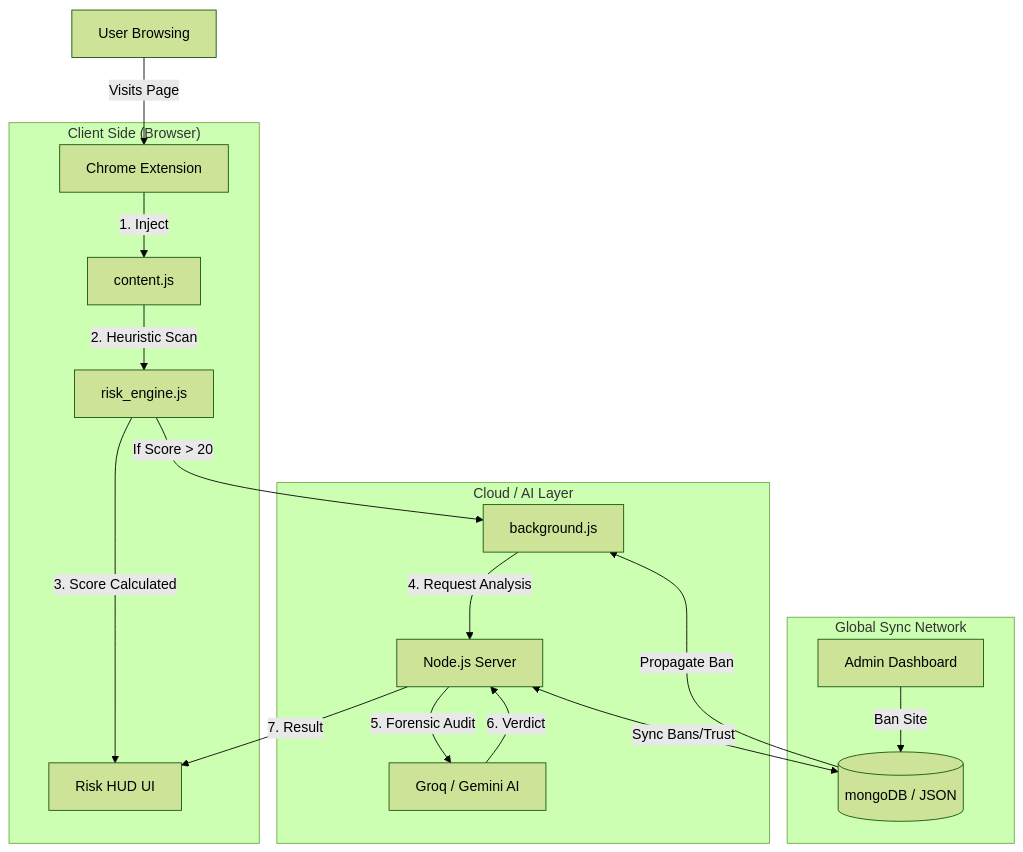
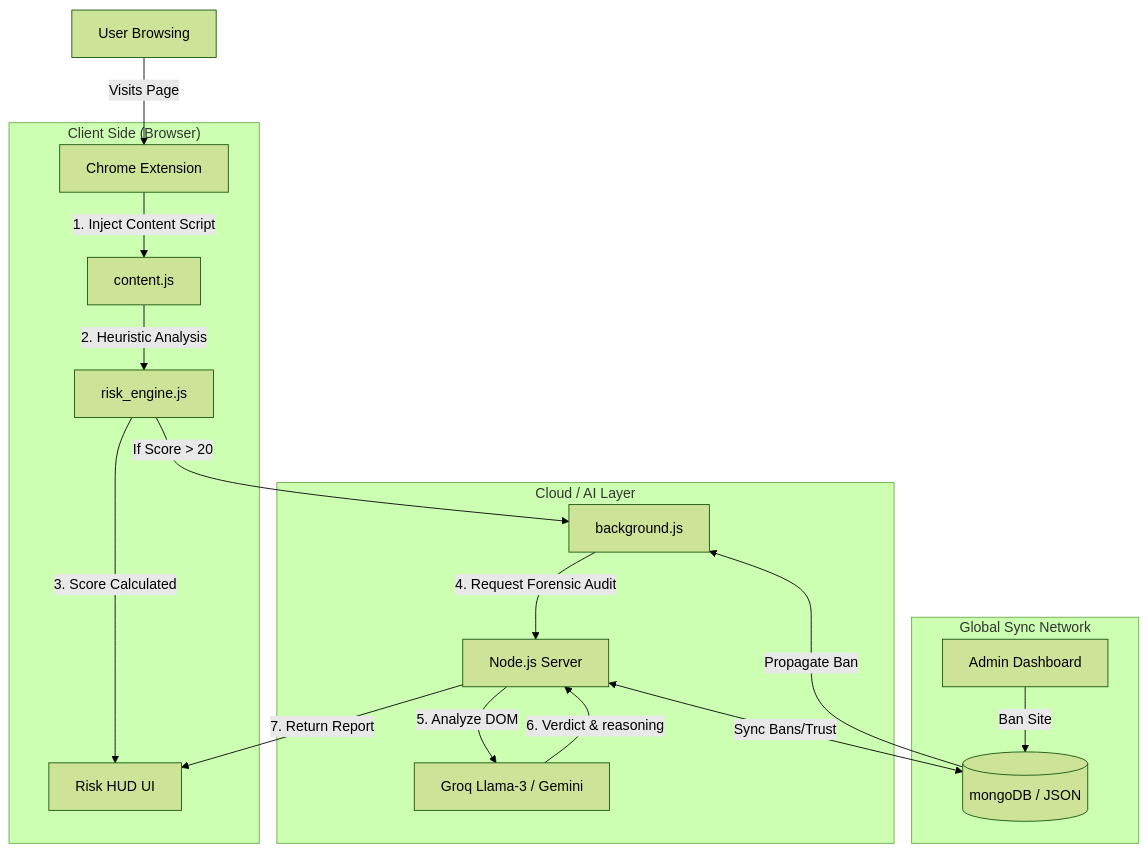
Before and after one commit to subratkumarpadhy4/PhishingShield-2.0: the first of 3 diagrams in README.md, drawn with Mermaid (forest theme). The commit also changed other lines of this file, not shown here.

Commit message:
Docs: Polish README with diagrams and badges

````diff
--- a/README.md
+++ b/README.md
@@ -11,24 +39,24 @@
 ```mermaid
 graph TD
     User[User Browsing] -->|Visits Page| Ext[Chrome Extension]
     
     subgraph "Client Side (Browser)"
-        Ext -->|1. Inject| Content[content.js]
-        Content -->|2. Heuristic Scan| Engine[risk_engine.js]
+        Ext -->|1. Inject Content Script| Content[content.js]
+        Content -->|2. Heuristic Analysis| Engine[risk_engine.js]
         Engine -->|3. Score Calculated| HUD[Risk HUD UI]
     end
     
     subgraph "Cloud / AI Layer"
         Engine -->|If Score > 20| BG[background.js]
-        BG -->|4. Request Analysis| Server[Node.js Server]
-        Server -->|5. Forensic Audit| LLM[Groq / Gemini AI]
-        LLM -->|6. Verdict| Server
-        Server -->|7. Result| HUD
+        BG -->|4. Request Forensic Audit| Server[Node.js Server]
+        Server -->|5. Analyze DOM| LLM[Groq Llama-3 / Gemini]
+        LLM -->|6. Verdict & reasoning| Server
+        Server -->|7. Return Report| HUD
     end
     
     subgraph "Global Sync Network"
         Server <-->|Sync Bans/Trust| DB[(mongoDB / JSON)]
         Admin[Admin Dashboard] -->|Ban Site| DB
         DB -->|Propagate Ban| BG
     end
 ```
````
